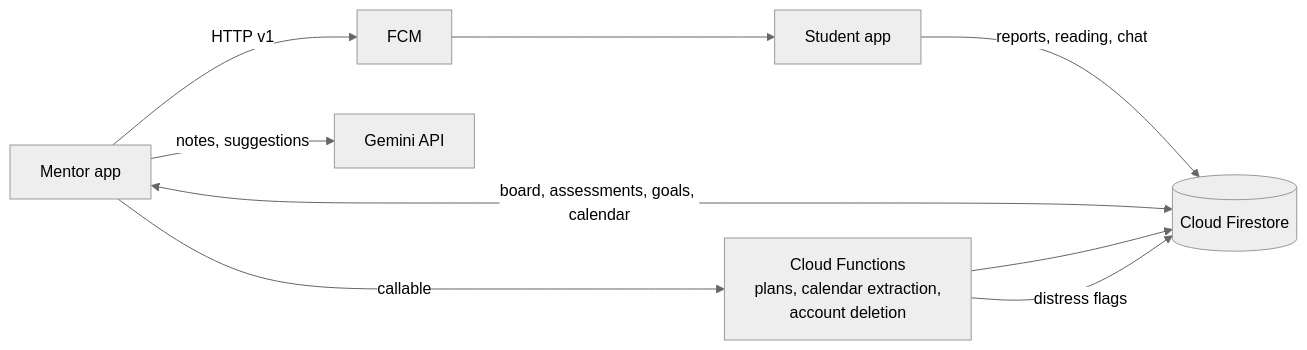
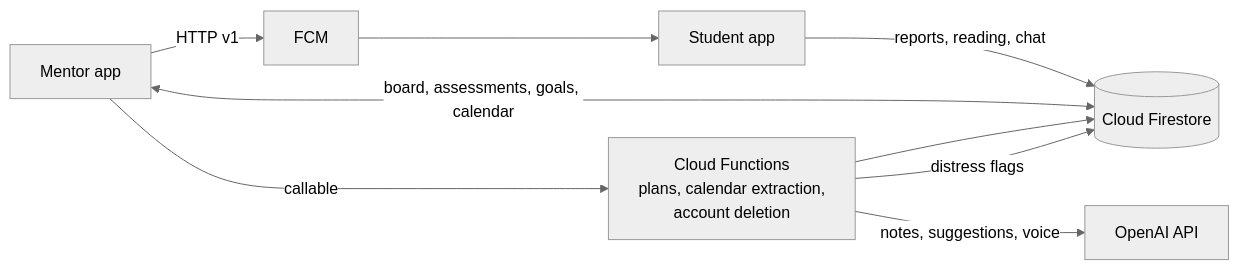
The diagram in README.md (KaushalPawar14/Sadhana-App-for-Admin), drawn with Mermaid (neutral theme) before and after one commit. The commit also changed other lines of this file and 31 other files, not shown here.

````diff
--- a/README.md
+++ b/README.md
@@ -57,10 +57,10 @@
 ```mermaid
 flowchart LR
   S[Student app] -->|reports, reading, chat| FS[(Cloud Firestore)]
   M[Mentor app] <-->|board, assessments, goals, calendar| FS
   M -->|callable| CF[Cloud Functions<br/>plans, calendar extraction,<br/>account deletion]
   CF --> FS
   CF -->|distress flags| FS
   M -->|HTTP v1| FCM[FCM] --> S
-  M -->|notes, suggestions| G[Gemini API]
+  CF -->|notes, suggestions, voice| G[OpenAI API]
 ```
````
